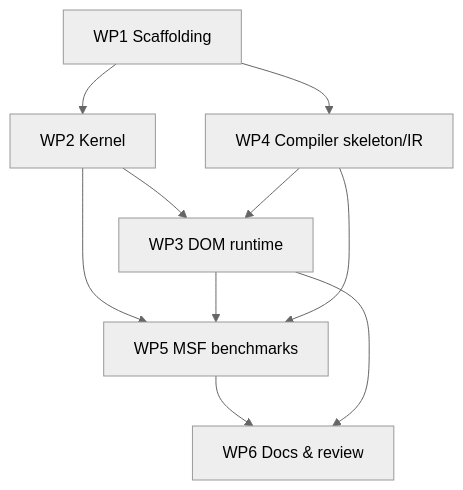
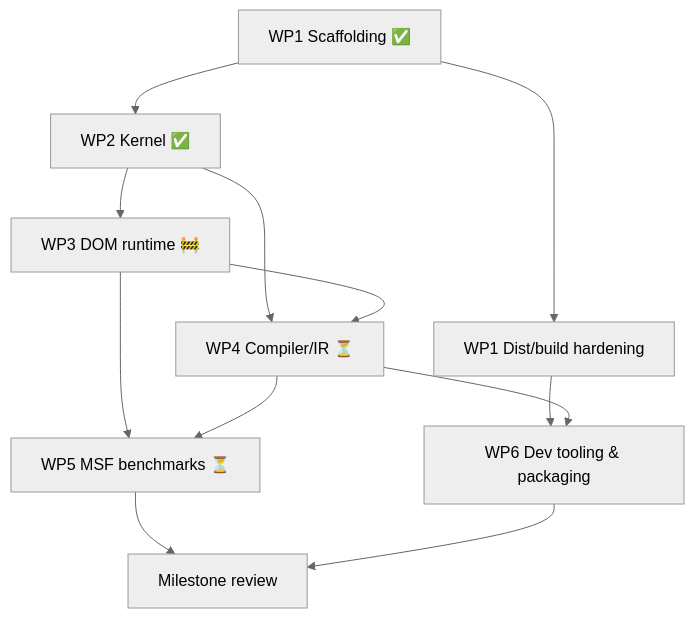
One commit to Mustafa1998-tech/MSF-Fusion changed the diagram in docs/engineering/implementation-plan.md. Above: the diagram before and after it, drawn with Mermaid (neutral theme). The commit also changed other lines of this file and 37 other files, not shown here.

````diff
--- a/docs/engineering/implementation-plan.md
+++ b/docs/engineering/implementation-plan.md
@@ -40,12 +43,14 @@
 ```mermaid
 graph TD
-  A[WP1 Scaffolding] --> B[WP2 Kernel]
-  A --> C[WP4 Compiler skeleton/IR]
-  B --> D[WP3 DOM runtime]
+  A[WP1 Scaffolding ✅] --> B[WP2 Kernel ✅]
+  B --> C[WP3 DOM runtime 🚧]
+  B --> D[WP4 Compiler/IR ⏳]
   C --> D
-  B --> E[WP5 MSF benchmarks]
-  D --> E
-  C --> E
-  E --> F[WP6 Docs & review]
+  A --> E[WP1 Dist/build hardening]
+  C --> F[WP5 MSF benchmarks ⏳]
   D --> F
+  E --> G[WP6 Dev tooling & packaging]
+  D --> G
+  F --> H[Milestone review]
+  G --> H
 ```
````
